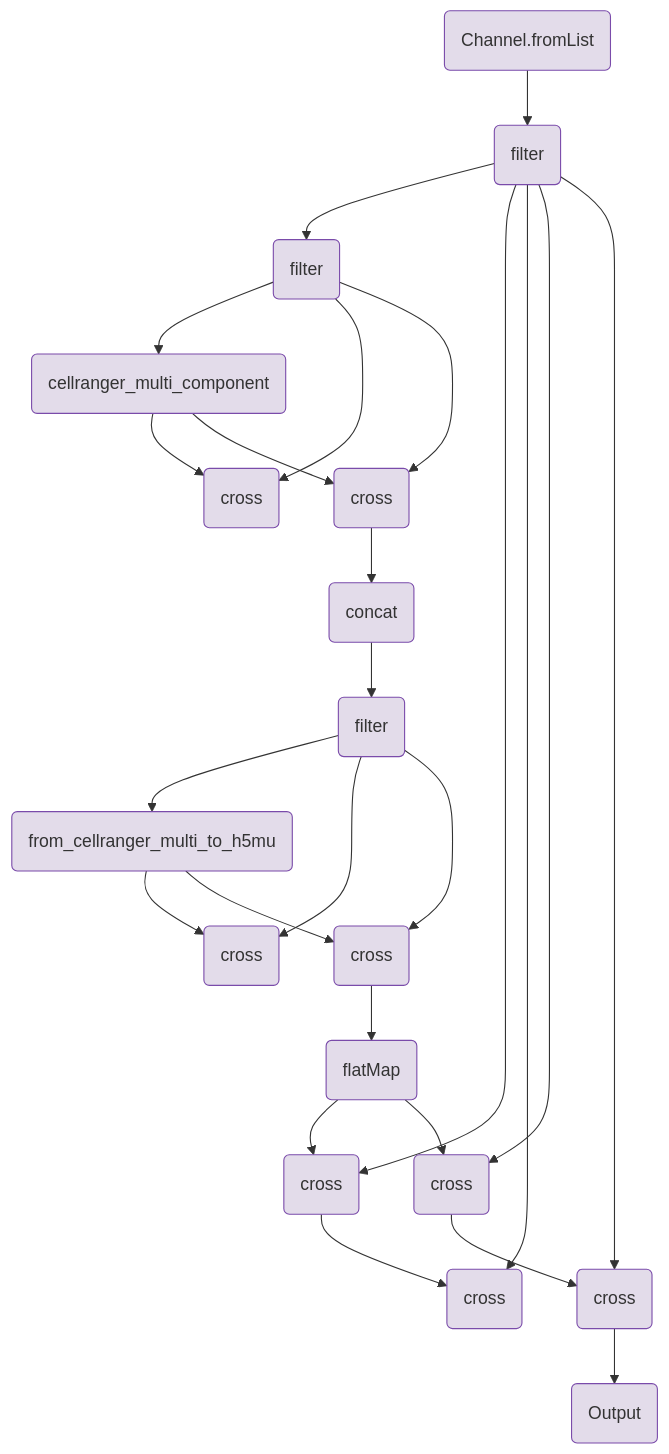
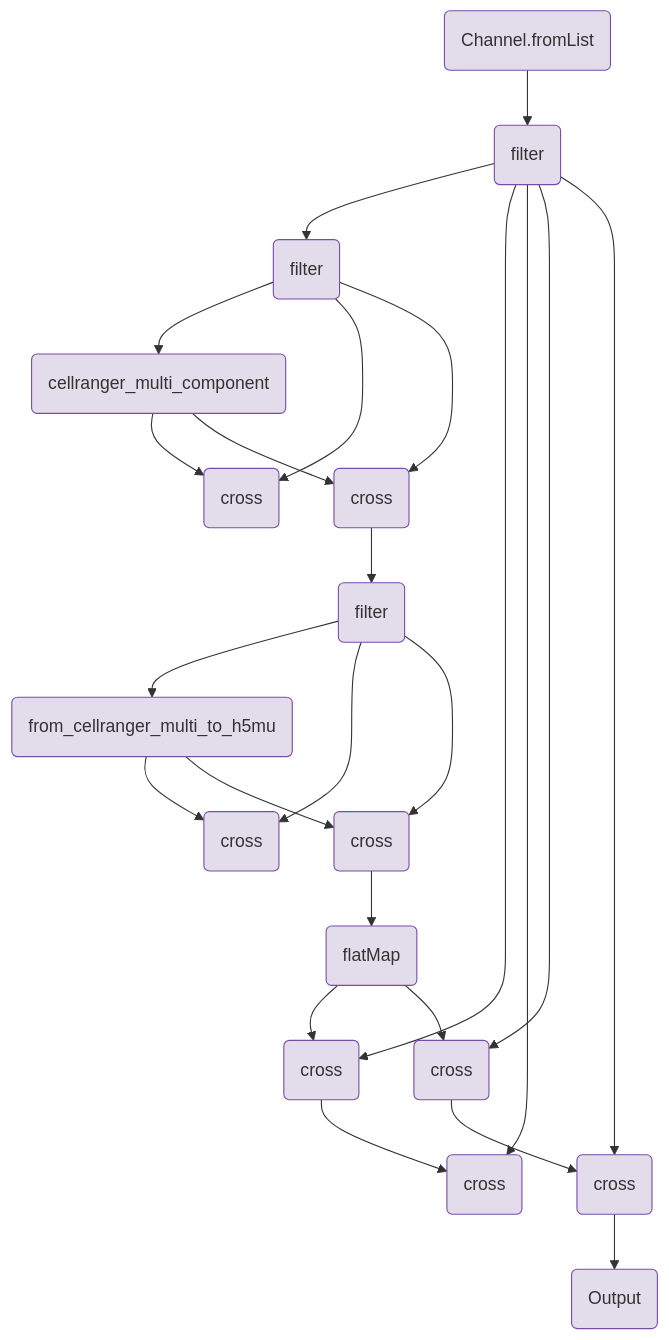
The diagram in components/workflows/ingestion/cellranger_multi.qmd (openpipelines-bio/website), drawn with Mermaid before and after one commit. The commit also changed other lines of this file and 145 other files, not shown here.

````diff
--- a/components/workflows/ingestion/cellranger_multi.qmd
+++ b/components/workflows/ingestion/cellranger_multi.qmd
@@ -282,62 +282,59 @@
 ```{mermaid}
 flowchart TB
     v0(Channel.fromList)
     v2(filter)
     v9(filter)
-    v39(concat)
     v17(cellranger_multi_component)
     v24(cross)
     v34(cross)
-    v44(filter)
-    v49(from_cellranger_multi_to_h5mu)
-    v56(cross)
-    v66(cross)
-    v77(flatMap)
-    v83(cross)
-    v90(cross)
-    v102(cross)
-    v109(cross)
-    v113(Output)
+    v40(filter)
+    v48(from_cellranger_multi_to_h5mu)
+    v55(cross)
+    v65(cross)
+    v71(flatMap)
+    v77(cross)
+    v84(cross)
+    v96(cross)
+    v103(cross)
+    v107(Output)
     v0-->v2
     v2-->v9
     v9-->v17
     v17-->v24
     v9-->v24
     v9-->v34
-    v34-->v39
-    v44-->v49
-    v49-->v56
-    v44-->v56
-    v44-->v66
-    v77-->v83
-    v2-->v83
-    v83-->v90
-    v2-->v90
-    v2-->v102
-    v102-->v109
-    v2-->v109
-    v109-->v113
+    v40-->v48
+    v48-->v55
+    v40-->v55
+    v40-->v65
+    v71-->v77
+    v2-->v77
+    v77-->v84
+    v2-->v84
+    v2-->v96
+    v96-->v103
+    v2-->v103
+    v103-->v107
+    v34-->v40
     v17-->v34
-    v39-->v44
-    v49-->v66
-    v66-->v77
-    v77-->v102
+    v65-->v71
+    v48-->v65
+    v71-->v96
     style v0 fill:#e3dcea,stroke:#7a4baa;
     style v2 fill:#e3dcea,stroke:#7a4baa;
     style v9 fill:#e3dcea,stroke:#7a4baa;
-    style v39 fill:#e3dcea,stroke:#7a4baa;
     style v17 fill:#e3dcea,stroke:#7a4baa;
     style v24 fill:#e3dcea,stroke:#7a4baa;
     style v34 fill:#e3dcea,stroke:#7a4baa;
-    style v44 fill:#e3dcea,stroke:#7a4baa;
-    style v49 fill:#e3dcea,stroke:#7a4baa;
-    style v56 fill:#e3dcea,stroke:#7a4baa;
-    style v66 fill:#e3dcea,stroke:#7a4baa;
+    style v40 fill:#e3dcea,stroke:#7a4baa;
+    style v48 fill:#e3dcea,stroke:#7a4baa;
+    style v55 fill:#e3dcea,stroke:#7a4baa;
+    style v65 fill:#e3dcea,stroke:#7a4baa;
+    style v71 fill:#e3dcea,stroke:#7a4baa;
     style v77 fill:#e3dcea,stroke:#7a4baa;
-    style v83 fill:#e3dcea,stroke:#7a4baa;
-    style v90 fill:#e3dcea,stroke:#7a4baa;
-    style v102 fill:#e3dcea,stroke:#7a4baa;
-    style v109 fill:#e3dcea,stroke:#7a4baa;
-    style v113 fill:#e3dcea,stroke:#7a4baa;
+    style v84 fill:#e3dcea,stroke:#7a4baa;
+    style v96 fill:#e3dcea,stroke:#7a4baa;
+    style v103 fill:#e3dcea,stroke:#7a4baa;
+    style v107 fill:#e3dcea,stroke:#7a4baa;
 
 ```
````
